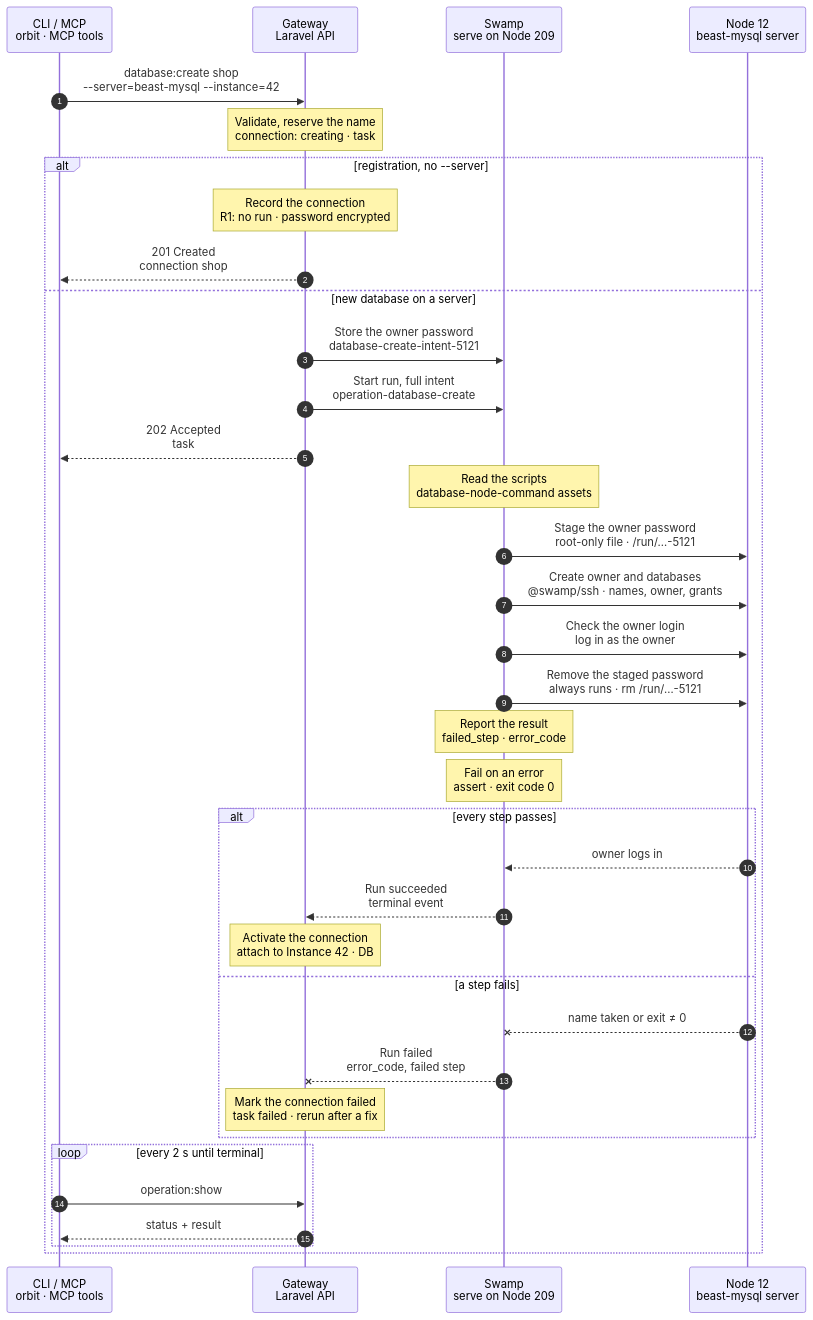
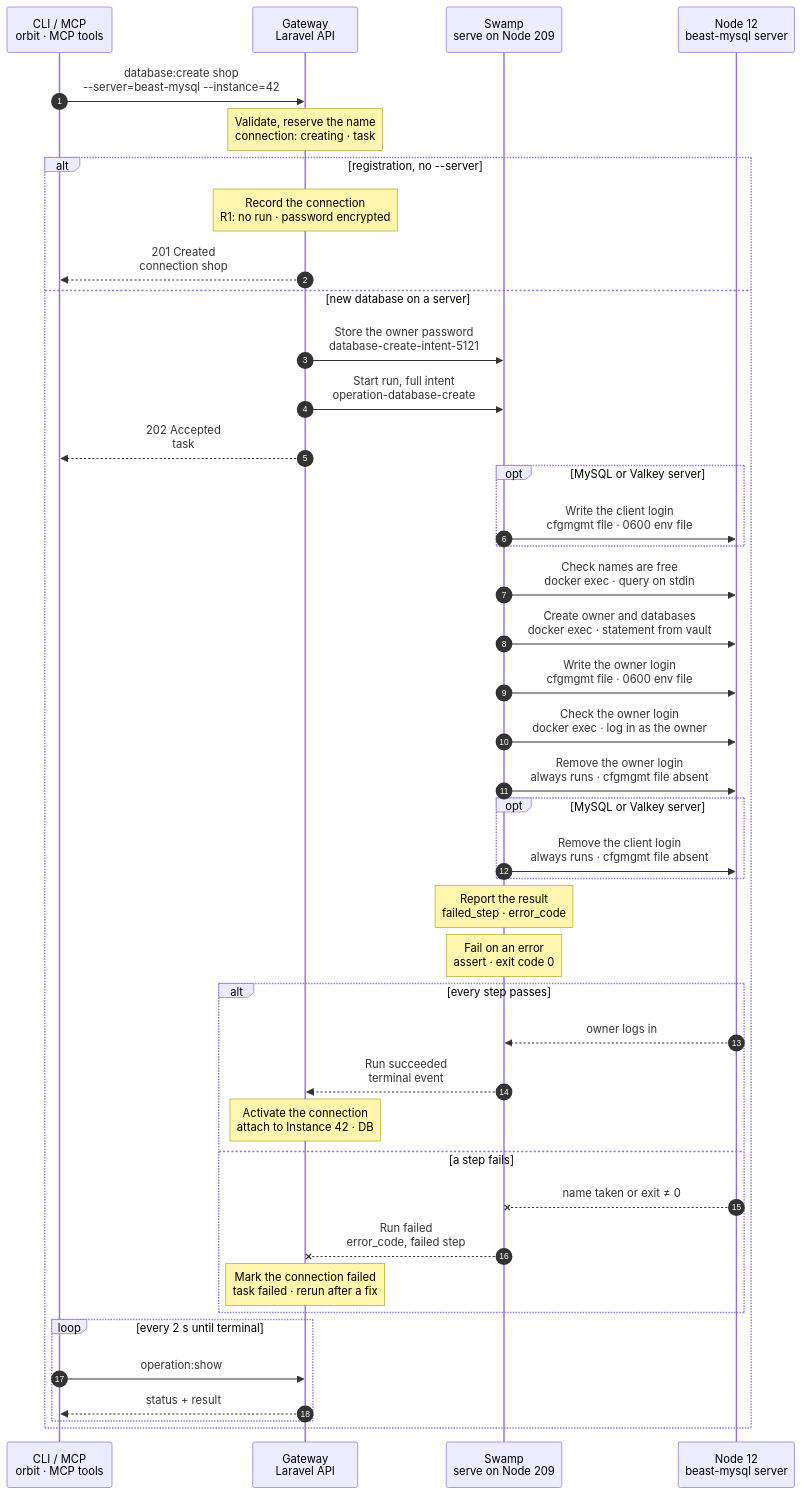
Before and after one commit to hardimpactdev/orbit: the diagram in docs/flows/database.create.mmd, drawn with Mermaid. The commit also changed 27 other files, not shown here.

First line of the commit message:
refactor(databases): database:create runs one docker exec per action (script audit Q-DBAUTH, Q-SECRET)

```diff
--- a/docs/flows/database.create.mmd
+++ b/docs/flows/database.create.mmd
@@ -1,151 +1,152 @@
 sequenceDiagram
-  %% Target design: ADR 0244 task, DECISIONS R1-R4, 5 (swamp role SSH identity), round 2 bugs (server admin password by its own vault key; the owner password is staged and always removed), flow-tighten. docs/reference/database-servers.md.
+  %% Target design: ADR 0244 task, DECISIONS R1-R4, 5 (swamp role SSH identity), round 2 bugs (server admin password by its own vault key), flow-tighten, script audit Q-DBAUTH (one docker exec per action, statement on stdin) and Q-SECRET (login files via cfgmgmt file, always removed). docs/reference/database-servers.md.
   %% status: draft
   %% command: database:create
   autonumber
   %% lane CLI icon=terminal pill=caller tone=gray
   %% lane GW icon=gateway pill=intent tone=blue
   %% lane SW icon=workflow pill=executes tone=green
   %% lane N icon=server pill=target tone=amber
   participant CLI as CLI / MCP<br/>orbit · MCP tools
   participant GW as Gateway<br/>Laravel API
   participant SW as Swamp<br/>serve on Node 209
   participant N as Node 12<br/>beast-mysql server
   CLI->>GW: database:create shop<br/>--server=beast-mysql --instance=42
   %%> Command:
   %%> - `orbit database:create shop --server=beast-mysql --instance=42`
   %%> - syntax: `<slug> --server=SERVER [--instance=ID] [--locale=C|C.UTF-8] [--test-processes=N]`
   %%> - or, to register an existing database: `<slug> --driver=DRIVER [--host=HOST] [--port=PORT] [--database=NAME] [--path=PATH] [--username=USER] [--password=SECRET] [--node=NODE]`
   %%> - on a Valkey server: `<slug> --server=SERVER --pattern=PATTERN ... --allow=RULE ... [--database=INDEX]`
   %%> Input:
   %%> - the connection slug as the argument: lowercase kebab, at most 63 characters
   %%> - with `--server`: the Database server that gets the new database
   %%> - with `--instance`: the Instance that owns the database and gets it attached under prefix `DB`
   %%> Who can call it:
   %%> - the `orbit` CLI and the MCP tool send the same request
   Note over GW: Validate, reserve the name<br/>connection: creating · task #5121
   %%> Requirements:
   %%> - the slug `shop` is free (`database.slug_conflict`)
   %%> - with `--server`: Database server `beast-mysql` is active, and your Node has an access grant to Node 12
   %%> - with `--instance`: Instance 42 exists, and the server is MySQL or PostgreSQL (`database.driver_unsupported` for Valkey)
   %%> - `--locale` and `--test-processes` only on PostgreSQL; `--pattern` and `--allow` only on Valkey
   %%> - no database removal runs on `beast-mysql`; the Gateway holds one lock per Database server
   %%> Builds:
   %%> - the names from the slug: database `shop`, test database `shop_test`, owner `<project>_<instance>`
   %%> - a new owner password, or the existing one when Instance 42 already has an owner on this server
   %%> Decides:
   %%> - whether this is a registration of an existing database, or a new database on a server
   alt registration, no --server
     Note over GW: Record the connection<br/>R1: no run · password encrypted
     %%> When:
     %%> - `--driver` registers a database that already exists, for example on another host or a SQLite file
     %%> Result:
     %%> - connection `shop` is recorded, with its password encrypted
     %%> - no task and no Swamp run start (R1); nothing changes on any Node
     GW-->>CLI: 201 Created<br/>connection shop
     %%> What you get:
     %%> - the connection record at once; there is nothing to follow
   else new database on a server
     GW->>SW: Store the owner password<br/>database-create-intent-5121
     %%> What it does:
     %%> - puts the owner password into the Swamp vault on Node 209, after the task is committed (R3)
     %%> Not included:
     %%> - the server's admin password; it is already in the vault under the server's own key `database-server-3-admin`
     %%> Why:
     %%> - secrets go Gateway → vault → step; workflow inputs carry only vault key names
     GW->>SW: Start run, full intent<br/>operation-database-create
     %%> What it does:
     %%> - starts one Swamp run on serve (Node 209)
     %%> Inputs:
     %%> - the driver, database names, owner name, test pool size and locale
     %%> - the vault key names `database-create-intent-5121` and `database-server-3-admin`
     %%> - Node 12's address and SSH host keys; the SSH identity comes from the `swamp` role
     GW-->>CLI: 202 Accepted<br/>task #5121
     %%> What you get:
     %%> - the task number, at once
     %%> Next:
     %%> - the CLI follows the task with `operation:show`
-    Note over SW: Read the scripts<br/>database-node-command assets
+    opt MySQL or Valkey server
+      SW->>N: Write the client login<br/>cfgmgmt file · 0600 env file
+      %%> What it does:
+      %%> - writes the server's admin login, from its vault key `database-server-3-client-env`, to a root-only 0600 file
+      %%> Why:
+      %%> - `docker exec --env-file` hands it to the client; it never enters argv, stdin or a statement
+      %%> Not included:
+      %%> - PostgreSQL uses local trust inside the container and needs no login
+    end
+    SW->>N: Check names are free<br/>docker exec · query on stdin
+    %%> How:
+    %%> - one `docker exec -i` with the statement the Gateway rendered on standard input
     %%> What it does:
-    %%> - reads the shipped phase script on 209, to send it over SSH in argv
-    SW->>N: Stage the owner password<br/>root-only file · /run/…-5121
+    %%> - finds a planned database that exists for another owner, or a role with superuser-like rights
+    %%> - Valkey: reads the server's database count for `--database`
+    %%> Refuses:
+    %%> - `database.name_conflict`, or `database.index_invalid` on Valkey; nothing changes
+    SW->>N: Create owner and databases<br/>docker exec · statement from vault
     %%> What it does:
-    %%> - writes the owner password, from `vault.get` on standard input, to a root-only file on Node 12
-    %%> Why:
-    %%> - the next step needs two secrets, and a step takes one on standard input: the admin password comes there, the owner password from this file
-    %%> - the admin password never enters the intent's vault entry (R3)
-    SW->>N: Create owner and databases<br/>@swamp/ssh · names, owner, grants
-    %%> How:
-    %%> - Swamp reaches Node 12 over SSH from 209 with the official `@swamp/ssh` behavior and the `swamp` role's SSH identity
-    %%> - the script runs the fixed `mysql`, `psql` or Valkey client inside the server container
-    %%> - it reads the admin password with `vault.get` on standard input and the owner password from the staged file, never in argv
-    %%> What it does, in order:
-    %%> - checks that the database names and the owner are unused, or already belong to this connection
-    %%> - creates the owner login, or keeps it when it already exists with this password
-    %%> - creates the primary database, and with `--instance` the test database
-    %%> - grants the owner its databases and test databases, nothing else
-    %%> Refuses:
-    %%> - a name the server already has for something else (`database.name_conflict`), before any change
+    %%> - runs the create statement the Gateway put in the vault, because it carries the owner's password
     %%> Per driver:
-    %%> - MySQL, PostgreSQL: one owner per Instance on a server; a second database for Instance 42 reuses it
-    %%> - MySQL: one grant per database, plus one for the test prefix
-    %%> - PostgreSQL: also `shop_test_test_1` to `_8`, with the chosen locale and `TEMPLATE template0`; revokes PUBLIC access, then grants the public schema to the owner
-    %%> - Valkey: `ACL SETUSER shop reset on #<hash> resetchannels ~<pattern> -@all +<rule> -@admin -@dangerous -function -script`, then `ACL SAVE`; no database, the connection records index 1, checked against the live server
-    %%> - Valkey with `--allow=flushdb`: `+flushdb` follows the final deny; give the user its own `--database` index
-    SW->>N: Check the owner login<br/>log in as the owner
+    %%> - MySQL: `CREATE USER IF NOT EXISTS`, `CREATE DATABASE IF NOT EXISTS`, one grant per database and one for the test prefix
+    %%> - PostgreSQL: the role with a SCRAM verifier, each database with `TEMPLATE template0` and the chosen locale, PUBLIC revoked, the public schema granted
+    %%> - Valkey: `ACL SETUSER shop reset on #<hash> resetchannels ~<pattern> -@all +<rule> -@admin -@dangerous -function -script`, then `ACL SAVE`
+    SW->>N: Write the owner login<br/>cfgmgmt file · 0600 env file
     %%> What it does:
-    %%> - logs in as the owner and checks it reaches each new database
+    %%> - writes the owner's own login to a second root-only 0600 file
+    SW->>N: Check the owner login<br/>docker exec · log in as the owner
+    %%> What it does:
+    %%> - logs in as the owner over TCP with its own password
     %%> Why:
     %%> - the connection only counts as active when the server accepts it
-    SW->>N: Remove the staged password<br/>always runs · rm /run/…-5121
+    SW->>N: Remove the owner login<br/>always runs · cfgmgmt file absent
     %%> When:
-    %%> - always, as the last Node step, whether the steps above passed or failed
-    %%> What it does:
-    %%> - removes the staged owner password from Node 12
-    %%> If it fails:
-    %%> - the task result does not change; the next run on Node 12 overwrites the file
+    %%> - always, whether the steps above passed or failed
+    opt MySQL or Valkey server
+      SW->>N: Remove the client login<br/>always runs · cfgmgmt file absent
+      %%> When:
+      %%> - always, as the last Node step
+    end
     Note over SW: Report the result<br/>failed_step · error_code
     %%> What it does:
     %%> - maps the first failed step to its error code, for example `database.name_conflict`
     Note over SW: Fail on an error<br/>assert · exit code 0
     %%> What it does:
     %%> - fails the run when the report holds an `error_code`, so the task fails with that code
     alt every step passes
       N-->>SW: owner logs in
       %%> Returns:
       %%> - the check passed for every database
       SW-->>GW: Run succeeded<br/>terminal event
       %%> How the Gateway learns it:
       %%> - its shared run reader sees the terminal event; Swamp never calls the Gateway
       Note over GW: Activate the connection<br/>attach to Instance 42 · DB
       %%> Result:
       %%> - connection `shop` becomes active, linked to `beast-mysql`, with Node 12's address and port
       %%> - with `--instance`: Instance 42 owns it and gets its `DB_*` keys; run `env:sync` to install them
       %%> - task #5121 succeeds
     else a step fails
       N--xSW: name taken or exit ≠ 0
       %%> When:
       %%> - a name is taken, SQL fails, SSH fails, or the owner cannot log in
       SW--xGW: Run failed<br/>error_code, failed step
       %%> The Gateway reads:
       %%> - which step failed and its error code
       Note over GW: Mark the connection failed<br/>task failed · rerun after a fix
       %%> Result:
       %%> - connection `shop` stays reserved, marked failed, with its encrypted owner password
       %%> - task #5121 fails
       %%> On the Node:
       %%> - an owner or database created before the failure stays; there is no rollback
       %%> - that is safe: the name check accepts objects that already belong to this connection
       %%> Retry:
       %%> - run the same command again; it reuses the reservation and finishes the missing steps
       %%> - a changed request is a conflict (`database.slug_conflict`)
     end
     loop every 2 s until terminal
       CLI->>GW: operation:show #5121
       %%> What it does:
       %%> - asks for the task's status every 2 seconds until it has ended
       GW-->>CLI: status + result
       %%> Returns:
       %%> - the current status, and the result once the task has ended
     end
   end
```
